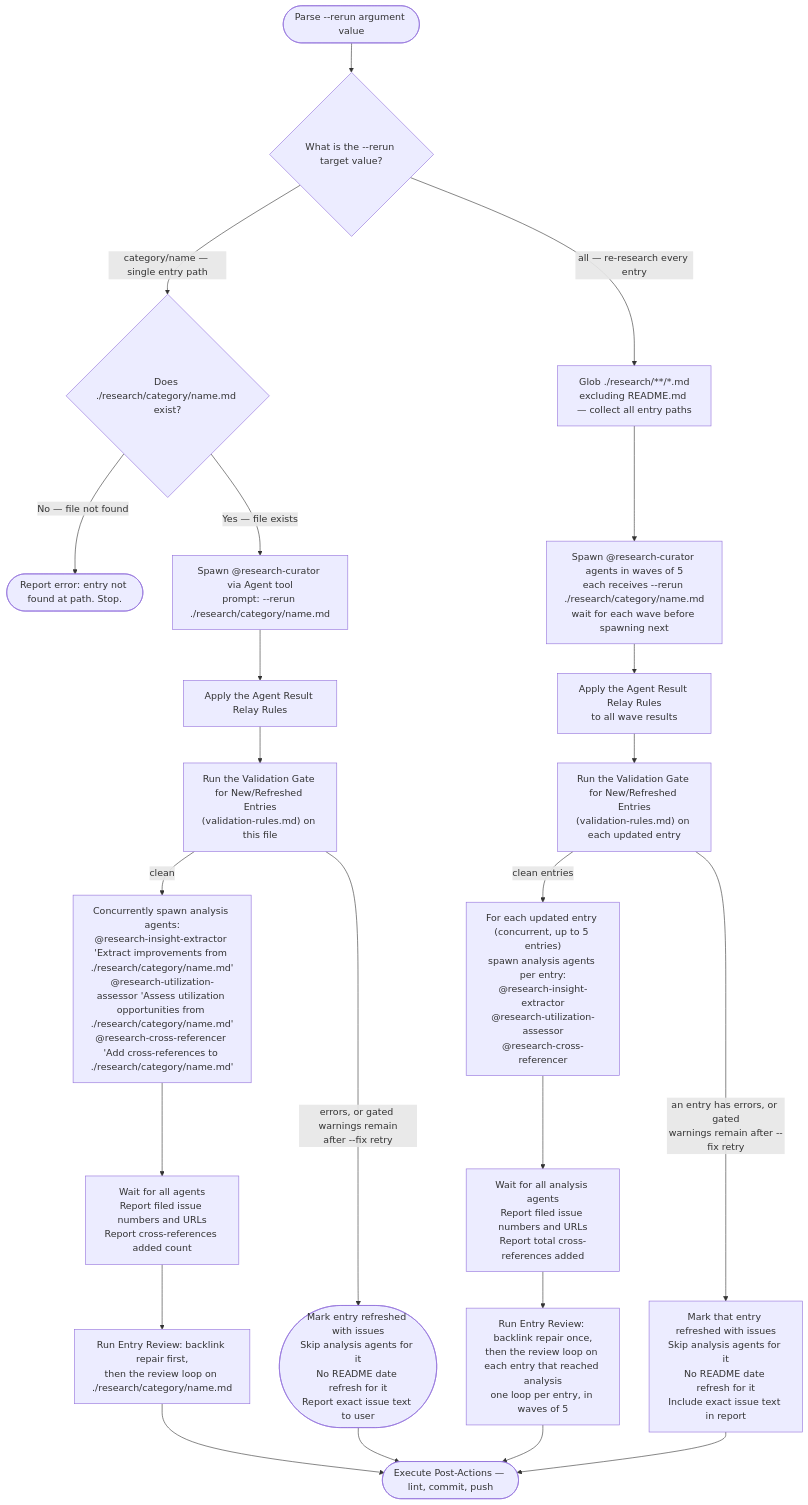
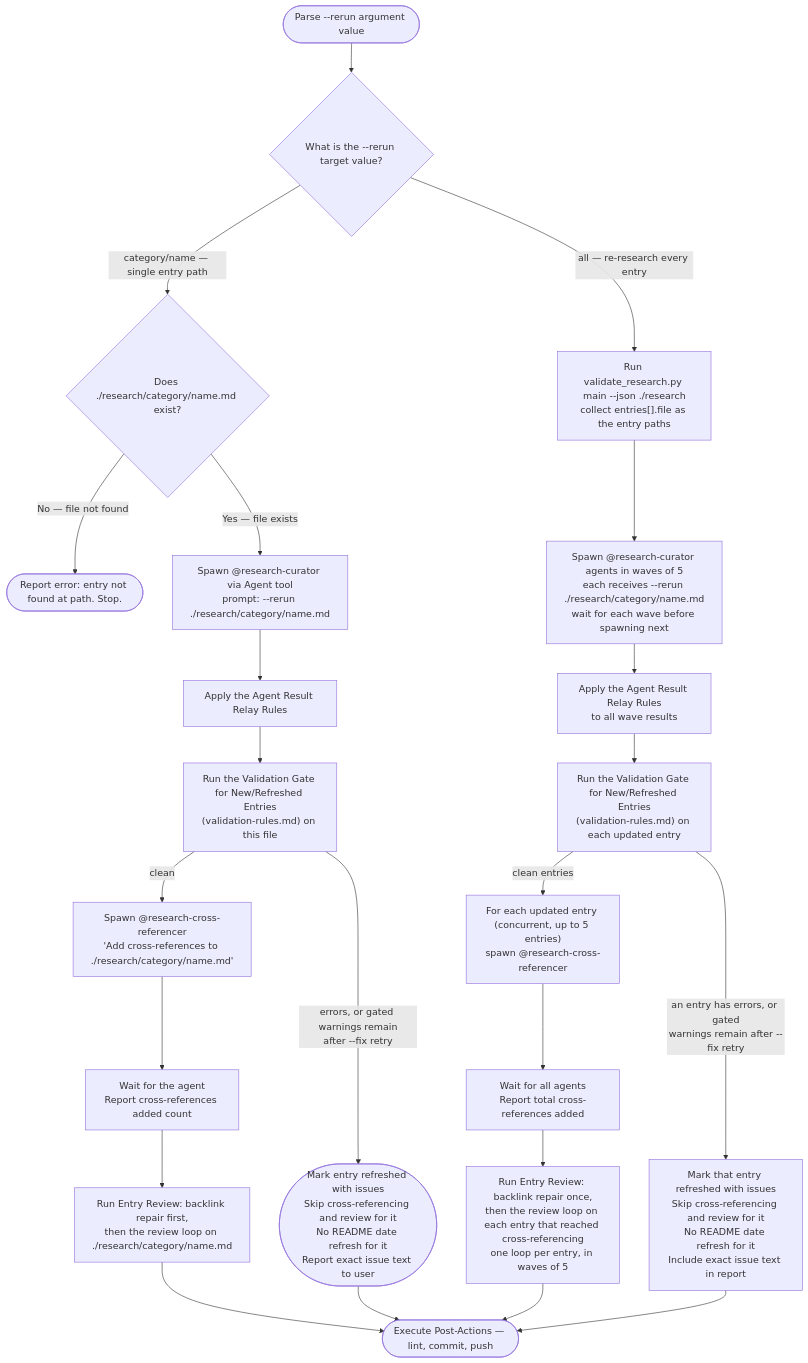
One commit to Jamie-BitFlight/claude_skills changed the second of 4 diagrams in .claude/skills/research-curator/SKILL.md. Above: the diagram before and after it, drawn with Mermaid. The commit also changed other lines of this file and 16 other files, not shown here.

````diff
--- a/.claude/skills/research-curator/SKILL.md
+++ b/.claude/skills/research-curator/SKILL.md
@@ -172,25 +163,25 @@
 ```mermaid
 flowchart TD
     Start(["Parse --rerun argument value"]) --> Q{"What is the --rerun target value?"}
     Q -->|"category/name — single entry path"| VerifyFile{"Does ./research/category/name.md exist?"}
-    Q -->|"all — re-research every entry"| FindAll["Glob ./research/**/*.md<br>excluding README.md — collect all entry paths"]
+    Q -->|"all — re-research every entry"| FindAll["Run validate_research.py main --json ./research<br>collect entries[].file as the entry paths"]
     VerifyFile -->|"No — file not found"| Missing(["Report error: entry not found at path. Stop."])
     VerifyFile -->|"Yes — file exists"| Spawn1["Spawn @research-curator via Agent tool<br>prompt: --rerun ./research/category/name.md"]
     Spawn1 --> RelayCheck1["Apply the Agent Result Relay Rules"]
     RelayCheck1 --> Validate1["Run the Validation Gate for New/Refreshed Entries<br>(validation-rules.md) on this file"]
-    Validate1 -->|"errors, or gated warnings remain<br>after --fix retry"| Issues1(["Mark entry refreshed with issues<br>Skip analysis agents for it<br>No README date refresh for it<br>Report exact issue text to user"])
-    Validate1 -->|"clean"| SpawnAnalysis1["Concurrently spawn analysis agents:<br>@research-insight-extractor 'Extract improvements from ./research/category/name.md'<br>@research-utilization-assessor 'Assess utilization opportunities from ./research/category/name.md'<br>@research-cross-referencer 'Add cross-references to ./research/category/name.md'"]
+    Validate1 -->|"errors, or gated warnings remain<br>after --fix retry"| Issues1(["Mark entry refreshed with issues<br>Skip cross-referencing and review for it<br>No README date refresh for it<br>Report exact issue text to user"])
+    Validate1 -->|"clean"| SpawnXref1["Spawn @research-cross-referencer<br>'Add cross-references to ./research/category/name.md'"]
     FindAll --> WaveSpawn["Spawn @research-curator agents in waves of 5<br>each receives --rerun ./research/category/name.md<br>wait for each wave before spawning next"]
     WaveSpawn --> RelayCheck2["Apply the Agent Result Relay Rules<br>to all wave results"]
     RelayCheck2 --> ValidateN["Run the Validation Gate for New/Refreshed Entries<br>(validation-rules.md) on each updated entry"]
-    ValidateN -->|"an entry has errors, or gated<br>warnings remain after --fix retry"| IssuesN["Mark that entry refreshed with issues<br>Skip analysis agents for it<br>No README date refresh for it<br>Include exact issue text in report"]
-    ValidateN -->|"clean entries"| SpawnAnalysisN["For each updated entry (concurrent, up to 5 entries)<br>spawn analysis agents per entry:<br>@research-insight-extractor<br>@research-utilization-assessor<br>@research-cross-referencer"]
-    SpawnAnalysis1 --> WaitAnalysis1["Wait for all agents<br>Report filed issue numbers and URLs<br>Report cross-references added count"]
-    WaitAnalysis1 --> Review1["Run Entry Review: backlink repair first,<br>then the review loop on ./research/category/name.md"]
+    ValidateN -->|"an entry has errors, or gated<br>warnings remain after --fix retry"| IssuesN["Mark that entry refreshed with issues<br>Skip cross-referencing and review for it<br>No README date refresh for it<br>Include exact issue text in report"]
+    ValidateN -->|"clean entries"| SpawnXrefN["For each updated entry (concurrent, up to 5 entries)<br>spawn @research-cross-referencer"]
+    SpawnXref1 --> WaitXref1["Wait for the agent<br>Report cross-references added count"]
+    WaitXref1 --> Review1["Run Entry Review: backlink repair first,<br>then the review loop on ./research/category/name.md"]
     Review1 --> PostActions(["Execute Post-Actions — lint, commit, push"])
     Issues1 --> PostActions
-    SpawnAnalysisN --> WaitAnalysisN["Wait for all analysis agents<br>Report filed issue numbers and URLs<br>Report total cross-references added"]
-    WaitAnalysisN --> ReviewN["Run Entry Review: backlink repair once,<br>then the review loop on each entry that reached analysis<br>one loop per entry, in waves of 5"]
+    SpawnXrefN --> WaitXrefN["Wait for all agents<br>Report total cross-references added"]
+    WaitXrefN --> ReviewN["Run Entry Review: backlink repair once,<br>then the review loop on each entry that reached cross-referencing<br>one loop per entry, in waves of 5"]
     ReviewN --> PostActions
     IssuesN --> PostActions
 ```
````
